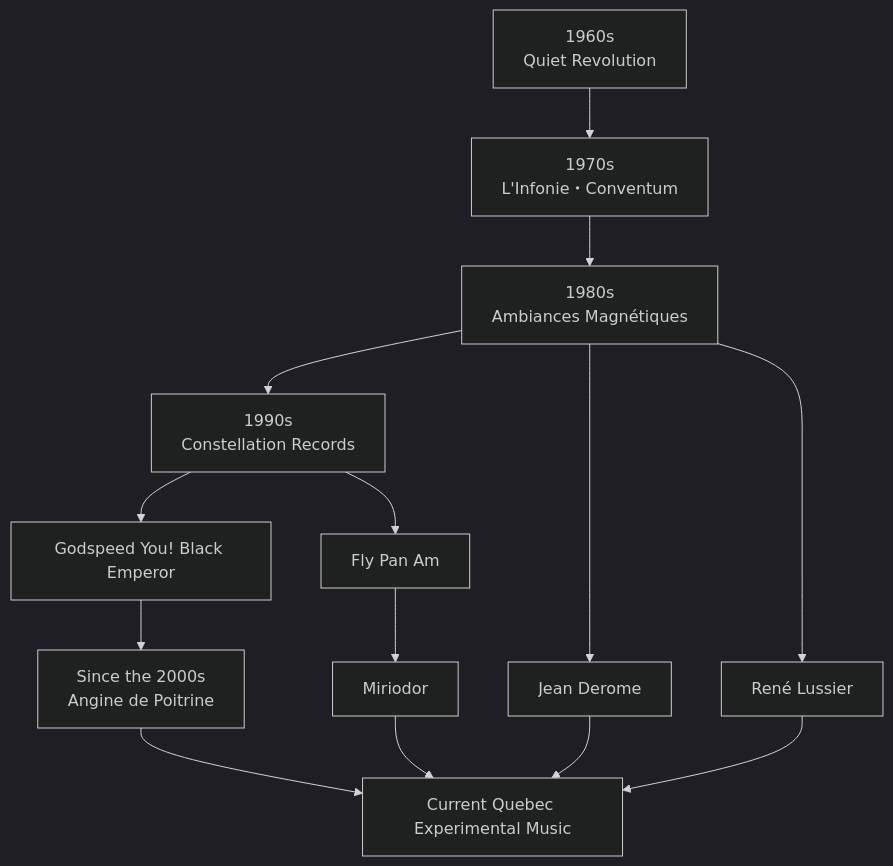
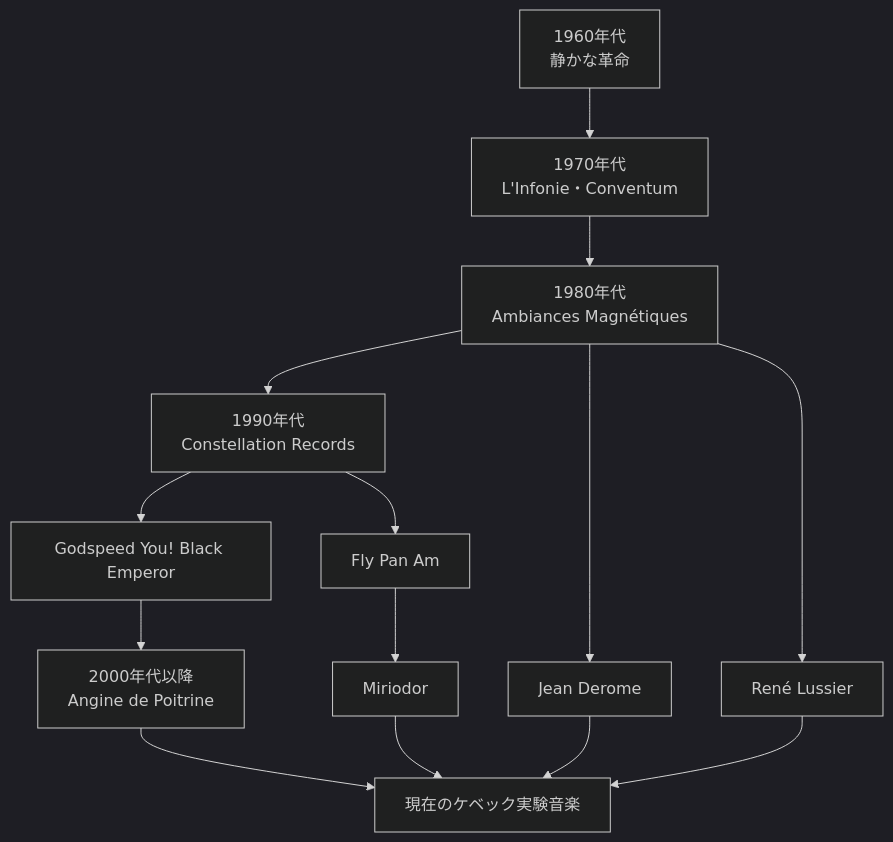
The second of 2 diagrams in en/_posts/2026-07-25-column-quebec.md (monumental-movement/monumental-movement.github.io), drawn with Mermaid (dark theme) before and after one commit. The commit also changed other lines of this file and 2196 other files, not shown here.

```diff
--- a/en/_posts/2026-07-25-column-quebec.md
+++ b/en/_posts/2026-07-25-column-quebec.md
@@ -557,18 +556,18 @@
 <div class="mermaid">
 flowchart TD
 
-A["1960s<br>Quiet Revolution"] --> B["1970s<br>L'Infonie・Conventum"]
-B --> C["1980s<br>Ambiances Magnétiques"]
-C --> D["1990s<br>Constellation Records"]
+A["1960年代<br>静かな革命"] --> B["1970年代<br>L'Infonie・Conventum"]
+B --> C["1980年代<br>Ambiances Magnétiques"]
+C --> D["1990年代<br>Constellation Records"]
 D --> E["Godspeed You! Black Emperor"]
 D --> F["Fly Pan Am"]
 C --> G["Jean Derome"]
 C --> H["René Lussier"]
-E --> I["Since the 2000s<br>Angine de Poitrine"]
+E --> I["2000年代以降<br>Angine de Poitrine"]
 F --> J["Miriodor"]
-I --> K["Current Quebec Experimental Music"]
+I --> K["現在のケベック実験音楽"]
 J --> K
 G --> K
 H --> K
 
 </div>
```
